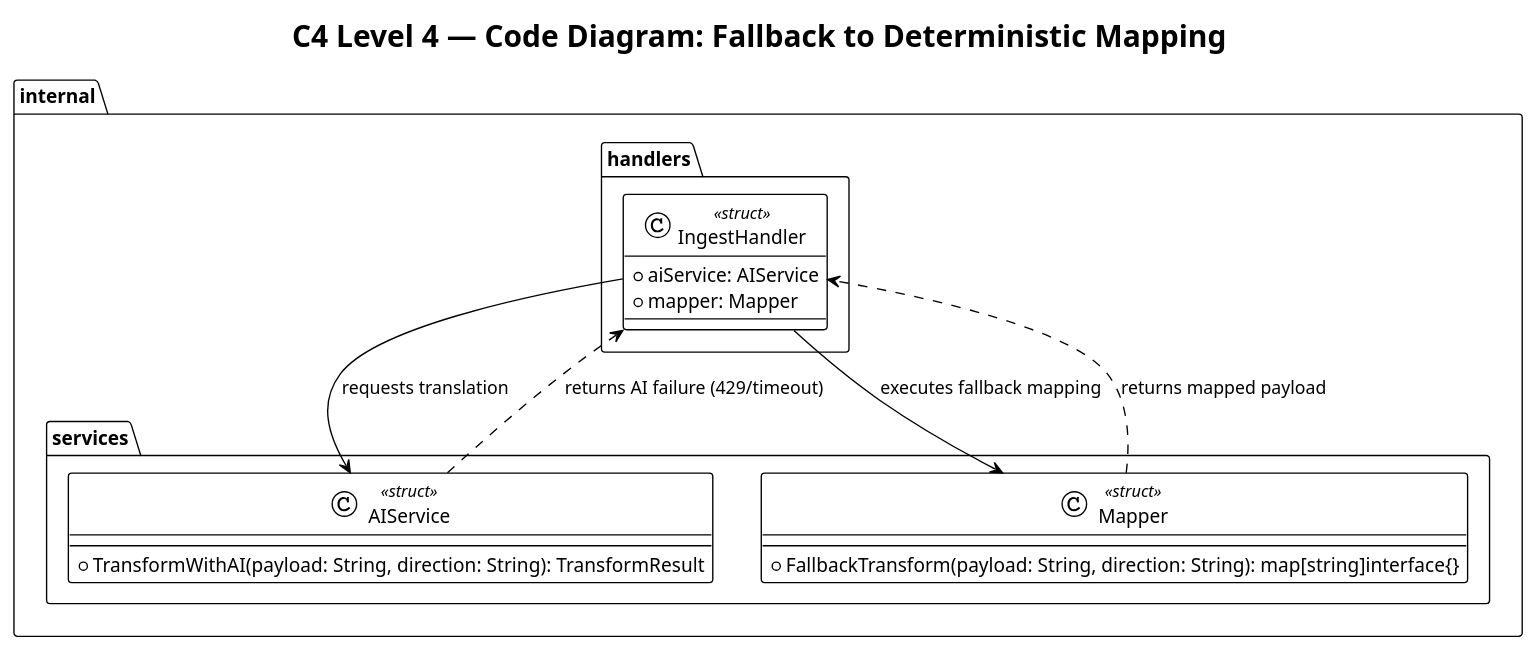
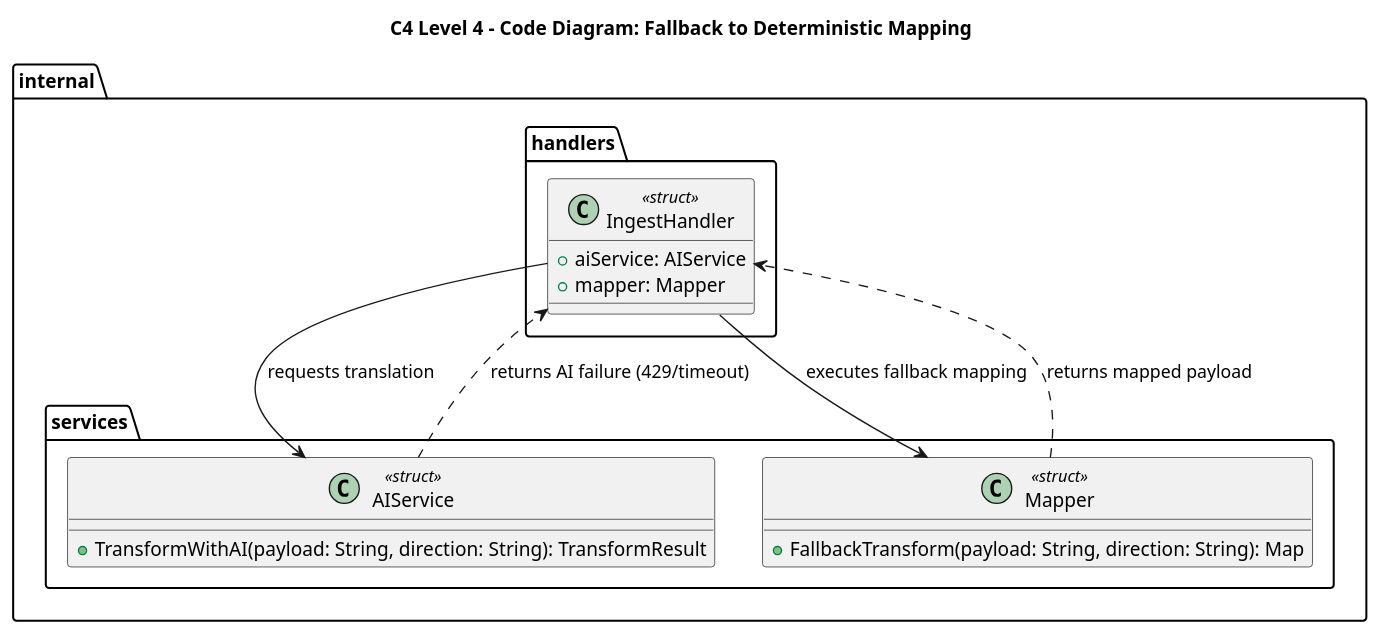
Before and after one commit to Vince0028/WAH4PCE-MERGE-CONFLICT: the diagram in diagrams/c4_diagram/code_diagram/granular_code_diagram/uc_fallback_to_deterministic_mapping.puml, drawn with PlantUML. The commit also changed 16 other files, not shown here.

Commit message:
docs: add C4 Level 4 code architecture PlantUML diagrams for system use cases

```diff
--- a/diagrams/c4_diagram/code_diagram/granular_code_diagram/uc_fallback_to_deterministic_mapping.puml
+++ b/diagrams/c4_diagram/code_diagram/granular_code_diagram/uc_fallback_to_deterministic_mapping.puml
@@ -1,27 +1,26 @@
 @startuml UC_Fallback_To_Deterministic_Mapping
-!theme plain
-title C4 Level 4 — Code Diagram: Fallback to Deterministic Mapping
+title C4 Level 4 - Code Diagram: Fallback to Deterministic Mapping
 
 package "internal.handlers" {
     class IngestHandler <<struct>> {
         + aiService: AIService
         + mapper: Mapper
     }
 }
 
 package "internal.services" {
     class AIService <<struct>> {
         + TransformWithAI(payload: String, direction: String): TransformResult
     }
 
     class Mapper <<struct>> {
-        + FallbackTransform(payload: String, direction: String): map[string]interface{}
+        + FallbackTransform(payload: String, direction: String): Map
     }
 }
 
 IngestHandler --> AIService : requests translation
 AIService ..> IngestHandler : returns AI failure (429/timeout)
 IngestHandler --> Mapper : executes fallback mapping
 Mapper ..> IngestHandler : returns mapped payload
 
 @enduml
```
